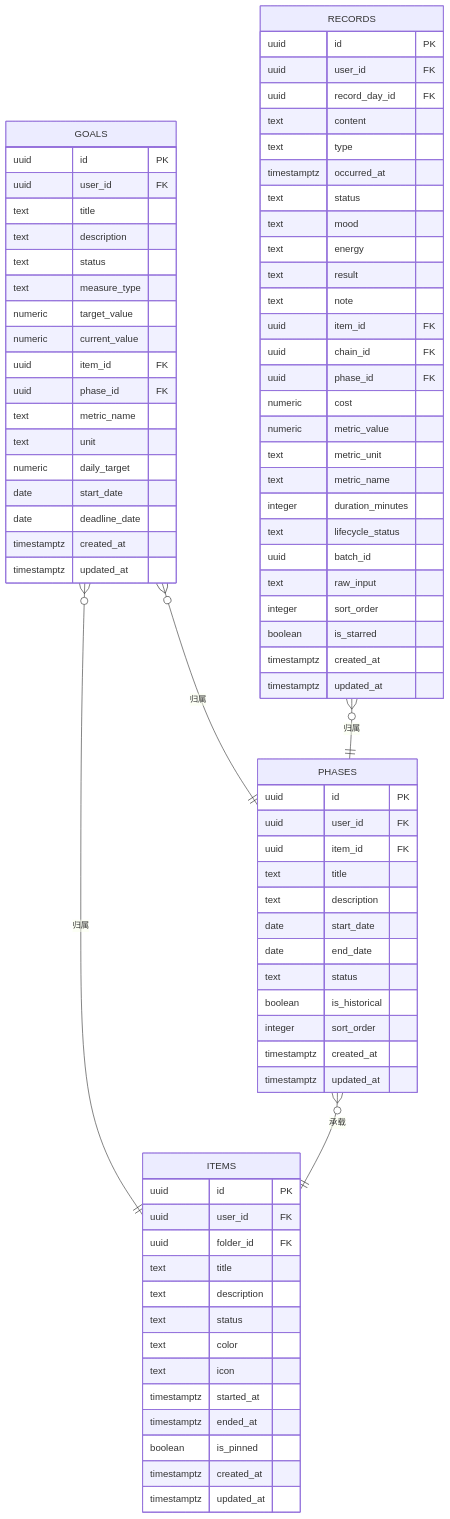
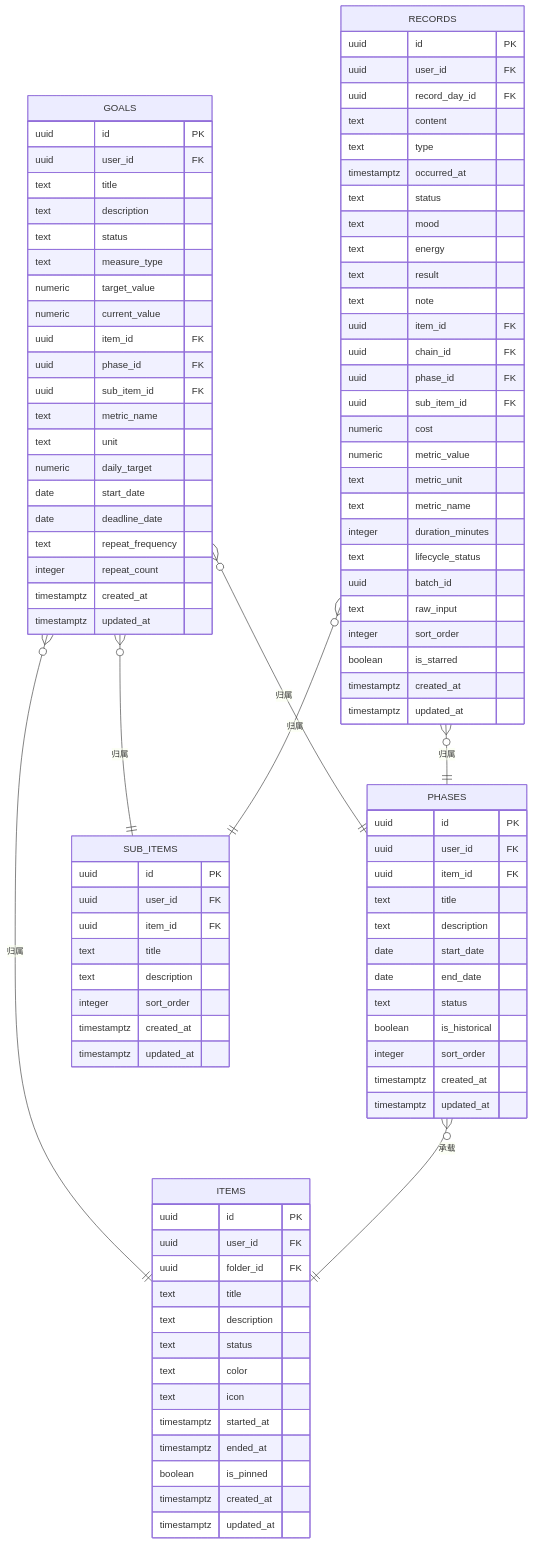
Before and after one commit to bbong1234/TETO: the fourth of 10 diagrams in .qoder/repowiki/zh/content/数据库设计/数据库设计.md, drawn with Mermaid. The commit also changed other lines of this file and 10 other files, not shown here.

````diff
--- a/.qoder/repowiki/zh/content/数据库设计/数据库设计.md
+++ b/.qoder/repowiki/zh/content/数据库设计/数据库设计.md
@@ -337,11 +379,14 @@
 numeric current_value
 uuid item_id FK
 uuid phase_id FK
+uuid sub_item_id FK
 text metric_name
 text unit
 numeric daily_target
 date start_date
 date deadline_date
+text repeat_frequency
+integer repeat_count
 timestamptz created_at
 timestamptz updated_at
 }
@@ -374,6 +419,16 @@
 timestamptz created_at
 timestamptz updated_at
 }
+SUB_ITEMS {
+uuid id PK
+uuid user_id FK
+uuid item_id FK
+text title
+text description
+integer sort_order
+timestamptz created_at
+timestamptz updated_at
+}
 RECORDS {
 uuid id PK
 uuid user_id FK
@@ -389,6 +444,7 @@
 uuid item_id FK
 uuid chain_id FK
 uuid phase_id FK
+uuid sub_item_id FK
 numeric cost
 numeric metric_value
 text metric_unit
@@ -404,6 +460,8 @@
 }
 GOALS }o--|| ITEMS : "归属"
 GOALS }o--|| PHASES : "归属"
+GOALS }o--|| SUB_ITEMS : "归属"
 PHASES }o--|| ITEMS : "承载"
 RECORDS }o--|| PHASES : "归属"
+RECORDS }o--|| SUB_ITEMS : "归属"
 ```
````
